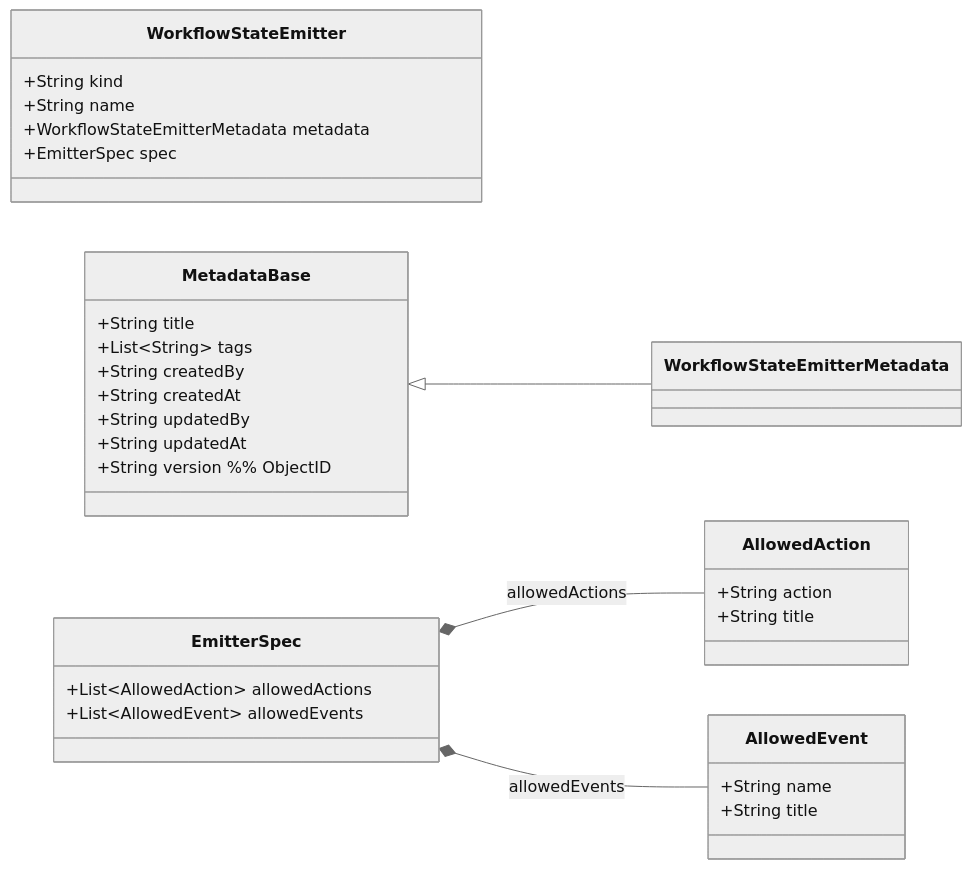
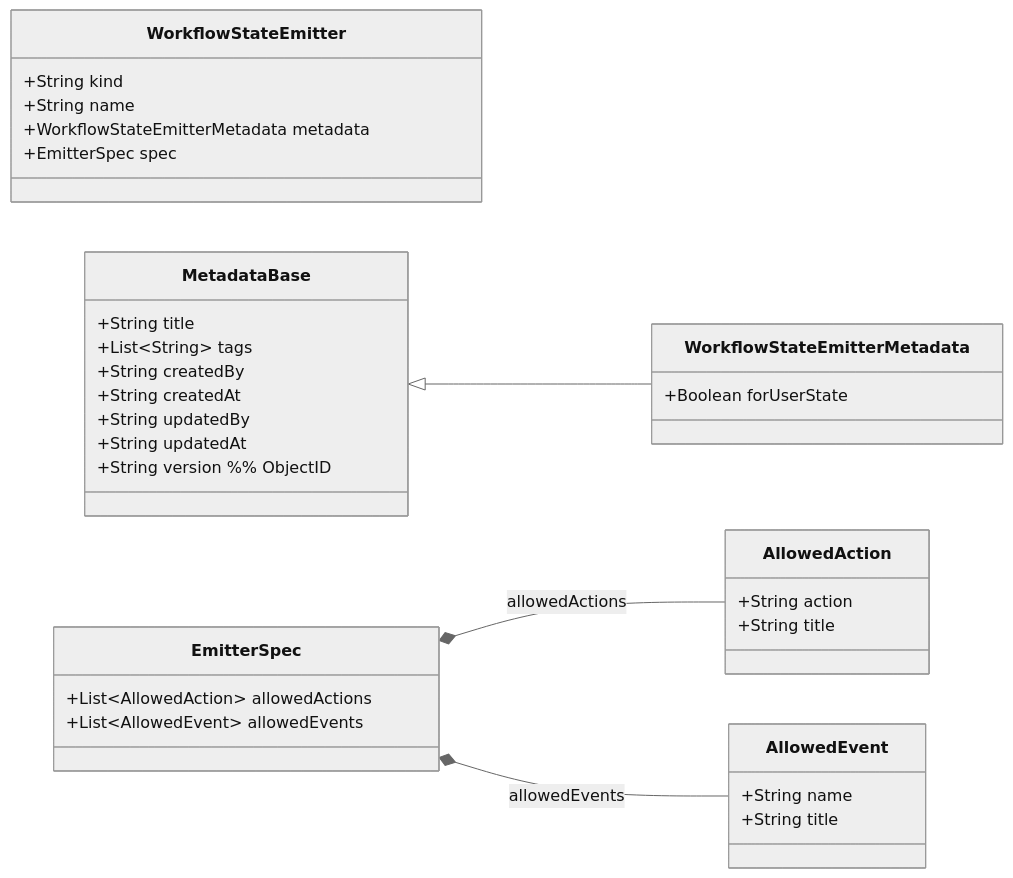
Before and after one commit to lchrennew/es-workflow: the diagram in docs/design/15-emitter-domain.md, drawn with Mermaid (neutral theme). The commit also changed other lines of this file and 40 other files, not shown here.

````diff
--- a/docs/design/15-emitter-domain.md
+++ b/docs/design/15-emitter-domain.md
@@ -16,44 +16,44 @@
 ```mermaid
 classDiagram
 direction LR
 
 class WorkflowStateEmitter {
   +String kind
   +String name
   +WorkflowStateEmitterMetadata metadata
   +EmitterSpec spec
 }
 
 class MetadataBase {
   +String title
   +List~String~ tags
   +String createdBy
   +String createdAt
   +String updatedBy
   +String updatedAt
   +String version  %% ObjectID
 }
 
 class WorkflowStateEmitterMetadata {
-    
+  +Boolean forUserState
 }
 
 class AllowedAction {
   +String action
   +String title
 }
 
 class AllowedEvent {
   +String name
   +String title
 }
 
 class EmitterSpec {
   +List~AllowedAction~ allowedActions
   +List~AllowedEvent~ allowedEvents
 }
 
 MetadataBase <|-- WorkflowStateEmitterMetadata
 EmitterSpec *-- AllowedAction : allowedActions
 EmitterSpec *-- AllowedEvent : allowedEvents
 ```
````
